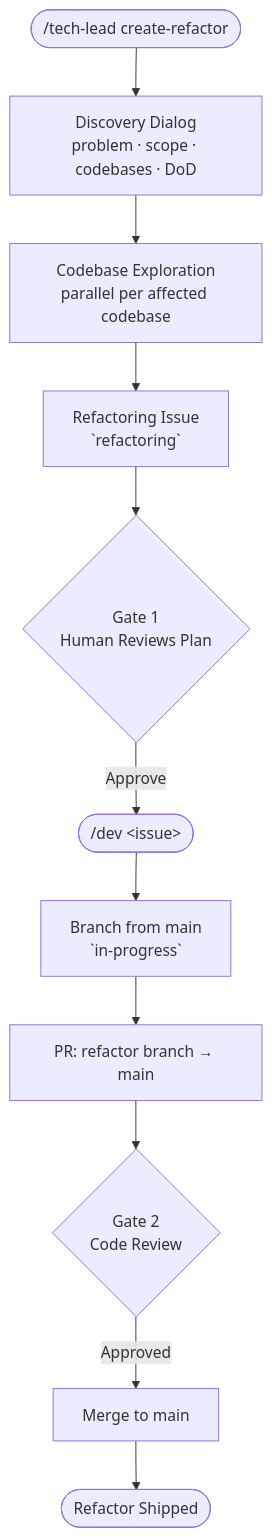
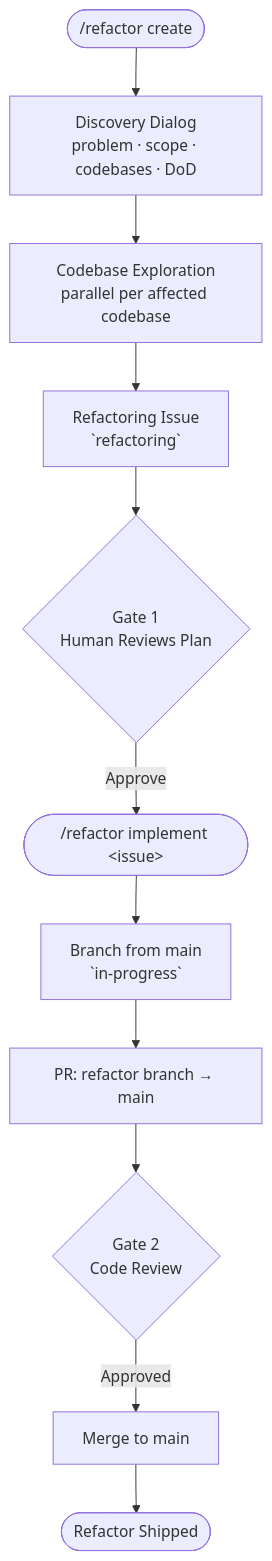
One commit to simpscal/notism changed the sixth of 6 diagrams in README.md. Above: the diagram before and after it, drawn with Mermaid. The commit also changed other lines of this file and 89 other files, not shown here.

````diff
--- a/README.md
+++ b/README.md
@@ -282,13 +299,13 @@
 ```mermaid
 flowchart TD
-    A(["/tech-lead create-refactor"]) --> B["Discovery Dialog\nproblem · scope · codebases · DoD"]
+    A(["/refactor create"]) --> B["Discovery Dialog\nproblem · scope · codebases · DoD"]
     B --> C["Codebase Exploration\nparallel per affected codebase"]
     C --> D["Refactoring Issue\n`refactoring`"]
     D --> G1{Gate 1\nHuman Reviews Plan}
-    G1 -->|Approve| H(["/dev &lt;issue&gt;"])
+    G1 -->|Approve| H(["/refactor implement &lt;issue&gt;"])
     H --> I["Branch from main\n`in-progress`"]
     I --> J["PR: refactor branch → main"]
     J --> G2{Gate 2\nCode Review}
     G2 -->|Approved| K["Merge to main"]
     K --> L([Refactor Shipped])
 ```
````
